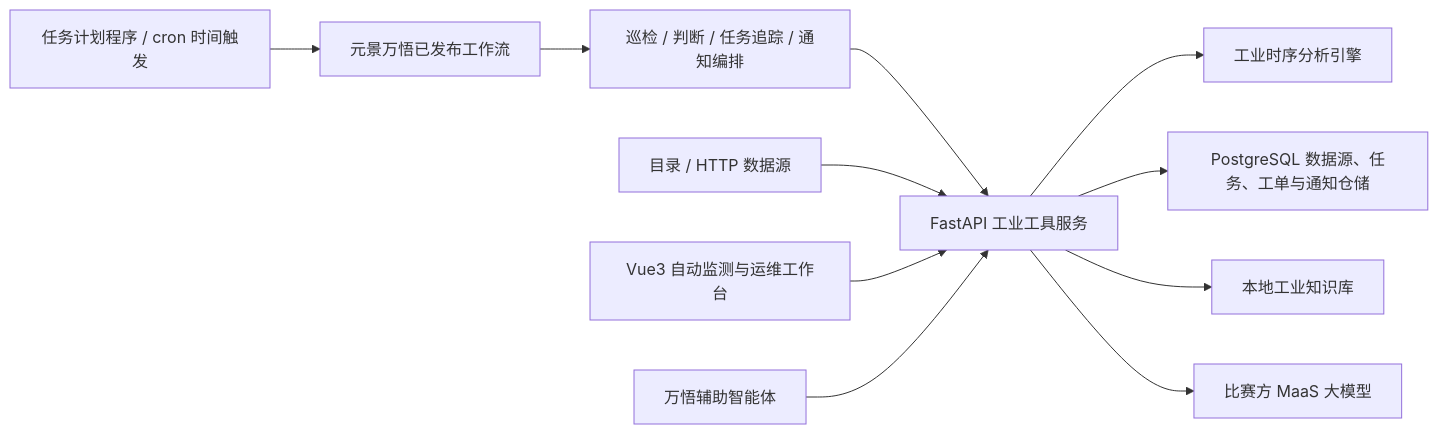
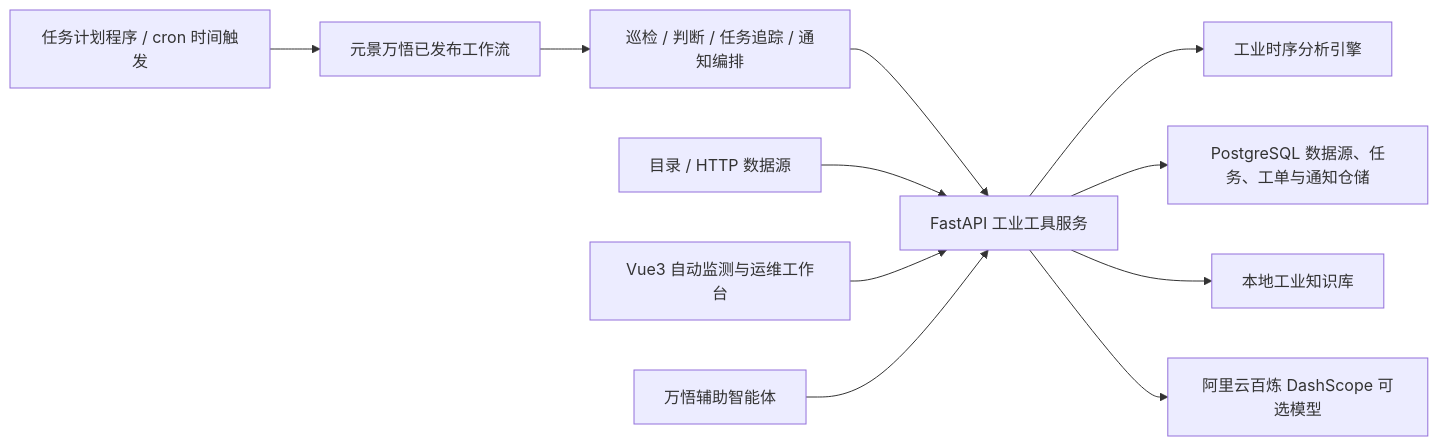
The diagram in README.md (zerongzheng/shicha_qianji_agent), drawn with Mermaid before and after one commit. The commit also changed other lines of this file and 23 other files, not shown here.

````diff
--- a/README.md
+++ b/README.md
@@ -70,13 +70,13 @@
 ```mermaid
 flowchart LR
     T["任务计划程序 / cron 时间触发"] --> W["元景万悟已发布工作流"]
     W --> M["巡检 / 判断 / 任务追踪 / 通知编排"]
     M --> B["FastAPI 工业工具服务"]
     I["目录 / HTTP 数据源"] --> B
     A["Vue3 自动监测与运维工作台"] --> B
     Q["万悟辅助智能体"] --> B
     B --> C["工业时序分析引擎"]
     B --> D["PostgreSQL 数据源、任务、工单与通知仓储"]
     B --> E["本地工业知识库"]
-    B --> F["比赛方 MaaS 大模型"]
+B --> F["阿里云百炼 DashScope 可选模型"]
 ```
````
